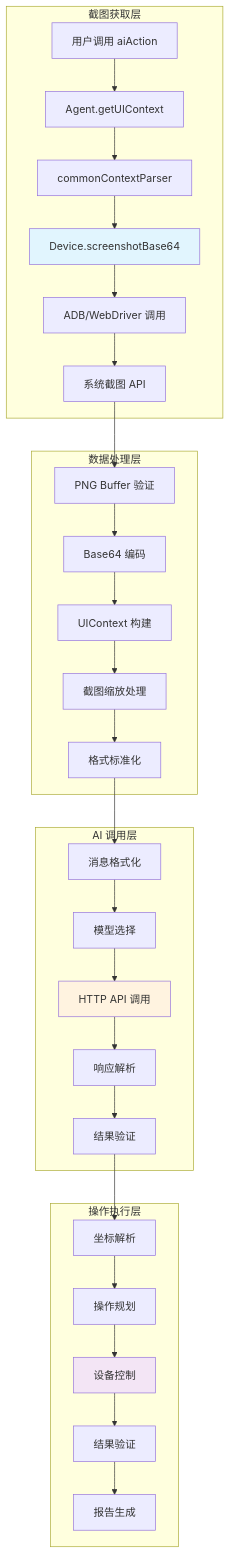
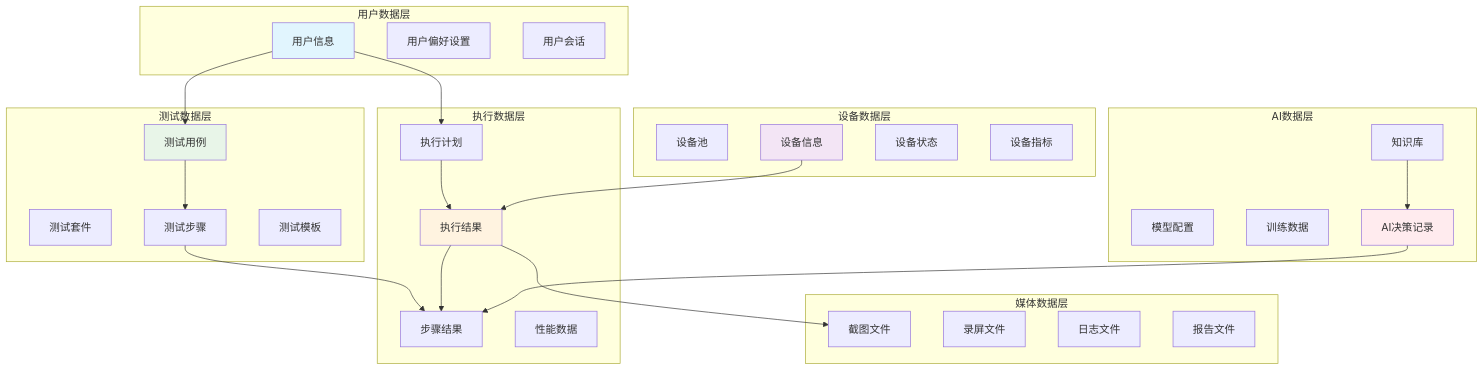
Diagram 15 of 31 in README.md (zhuozp/AI-UI-), drawn with Mermaid before and after one commit. The commit also changed other lines of this file, not shown here.

````diff
--- a/README.md
+++ b/README.md
@@ -469,44 +1920,60 @@
 ```mermaid
 graph TB
-    subgraph "截图获取层"
-        S1[用户调用 aiAction]
-        S2[Agent.getUIContext]
-        S3[commonContextParser]
-        S4[Device.screenshotBase64]
-        S5[ADB/WebDriver 调用]
-        S6[系统截图 API]
+    subgraph "用户数据层"
+        User[用户信息]
+        UserPref[用户偏好设置]
+        UserSession[用户会话]
     end
     
-    subgraph "数据处理层"
-        D1[PNG Buffer 验证]
-        D2[Base64 编码]
-        D3[UIContext 构建]
-        D4[截图缩放处理]
-        D5[格式标准化]
+    subgraph "测试数据层"
+        TestSuite[测试套件]
+        TestCase[测试用例]
+        TestStep[测试步骤]
+        TestTemplate[测试模板]
     end
     
-    subgraph "AI 调用层"
-        A1[消息格式化]
-        A2[模型选择]
-        A3[HTTP API 调用]
-        A4[响应解析]
-        A5[结果验证]
+    subgraph "执行数据层"
+        ExecutionPlan[执行计划]
+        ExecutionResult[执行结果]
+        StepResult[步骤结果]
+        PerformanceData[性能数据]
     end
     
-    subgraph "操作执行层"
-        E1[坐标解析]
-        E2[操作规划]
-        E3[设备控制]
-        E4[结果验证]
-        E5[报告生成]
+    subgraph "设备数据层"
+        DevicePool[设备池]
+        Device[设备信息]
+        DeviceState[设备状态]
+        DeviceMetrics[设备指标]
     end
     
-    S1 --> S2 --> S3 --> S4 --> S5 --> S6
-    S6 --> D1 --> D2 --> D3 --> D4 --> D5
-    D5 --> A1 --> A2 --> A3 --> A4 --> A5
-    A5 --> E1 --> E2 --> E3 --> E4 --> E5
+    subgraph "AI数据层"
+        ModelConfig[模型配置]
+        TrainingData[训练数据]
+        AIDecision[AI决策记录]
+        KnowledgeBase[知识库]
+    end
     
-    style S4 fill:#e1f5fe
-    style A3 fill:#fff3e0
-    style E3 fill:#f3e5f5
+    subgraph "媒体数据层"
+        Screenshot[截图文件]
+        VideoRecord[录屏文件]
+        LogFile[日志文件]
+        ReportFile[报告文件]
+    end
+    
+    User --> TestCase
+    User --> ExecutionPlan
+    TestCase --> TestStep
+    TestStep --> StepResult
+    ExecutionPlan --> ExecutionResult
+    ExecutionResult --> StepResult
+    ExecutionResult --> Screenshot
+    Device --> ExecutionResult
+    AIDecision --> StepResult
+    KnowledgeBase --> AIDecision
+    
+    style User fill:#e1f5fe
+    style TestCase fill:#e8f5e8
+    style ExecutionResult fill:#fff3e0
+    style Device fill:#f3e5f5
+    style AIDecision fill:#ffebee
 ```
````
